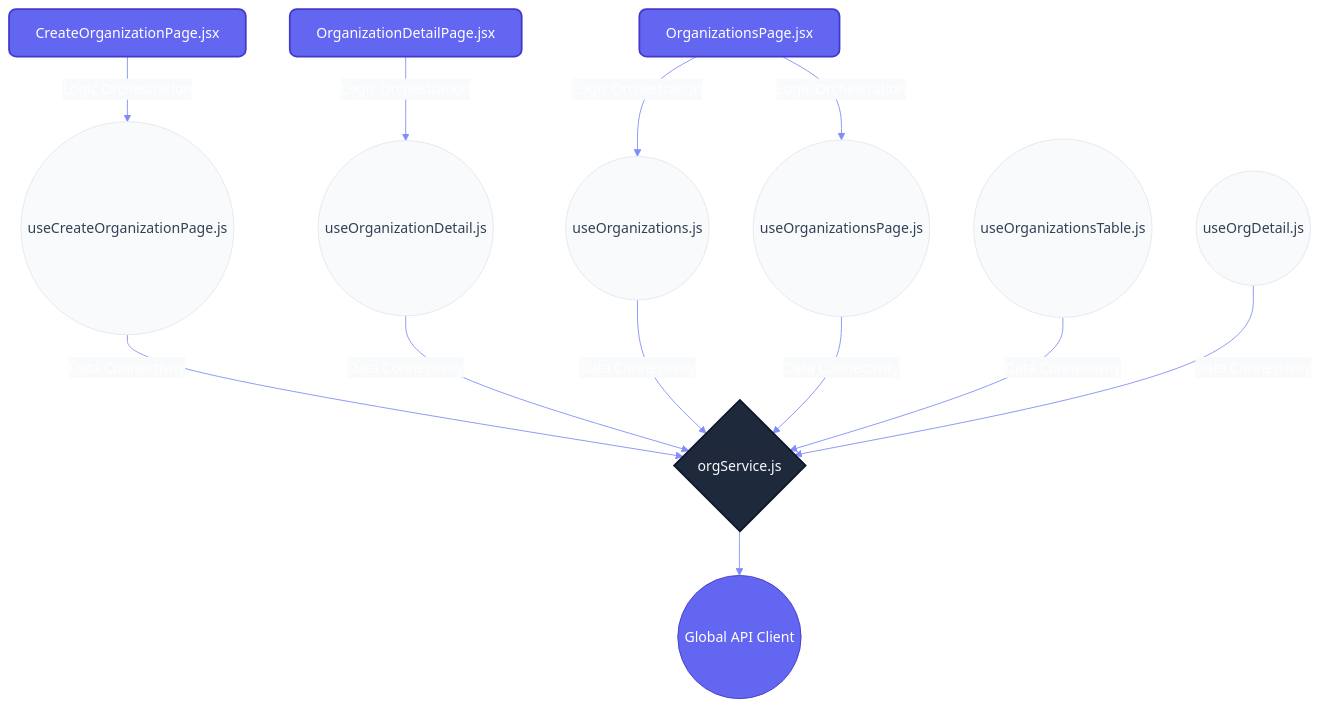
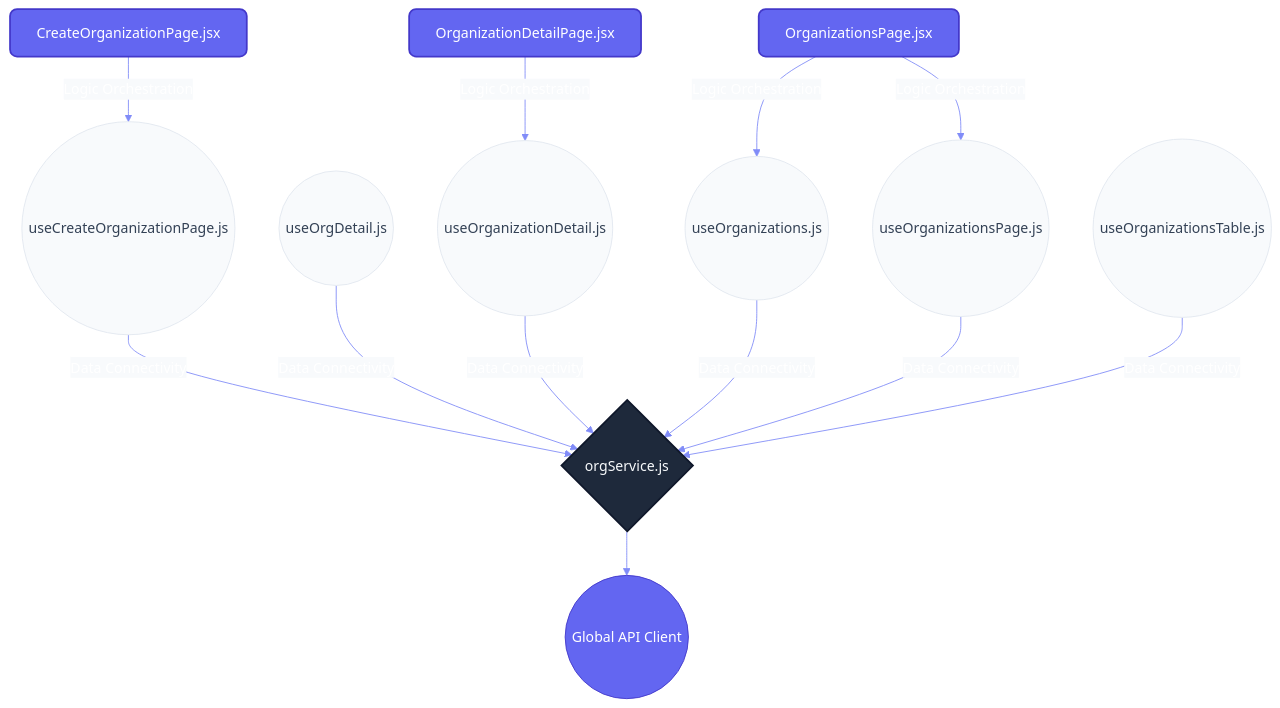
Before and after one commit to nexowebai/nexo-superadmin: the second of 2 diagrams in src/features/organizations/README.md, drawn with Mermaid. The commit also changed other lines of this file and 2 other files, not shown here.

````diff
--- a/src/features/organizations/README.md
+++ b/src/features/organizations/README.md
@@ -36,29 +36,29 @@
 ```mermaid
 %%{init: {'theme': 'base', 'themeVariables': { 'primaryColor': '#6366f1', 'primaryTextColor': '#fff', 'primaryBorderColor': '#4338ca', 'lineColor': '#818cf8', 'secondaryColor': '#f8fafc', 'tertiaryColor': '#e2e8f0'}}}%%
 graph TD
     classDef page fill:#6366f1,stroke:#4338ca,stroke-width:2px,color:#fff,rx:8,ry:8;
     classDef hook fill:#f8fafc,stroke:#e2e8f0,stroke-width:1px,color:#334155,rx:20,ry:20;
     classDef service fill:#1e293b,stroke:#0f172a,stroke-width:2px,color:#f8fafc,rx:4,ry:4;
 
     CreateOrganizationPage[CreateOrganizationPage.jsx]:::page
     CreateOrganizationPage --"Logic Orchestration"--> useCreateOrganizationPage
     OrganizationDetailPage[OrganizationDetailPage.jsx]:::page
     OrganizationDetailPage --"Logic Orchestration"--> useOrganizationDetail
     OrganizationsPage[OrganizationsPage.jsx]:::page
     OrganizationsPage --"Logic Orchestration"--> useOrganizations
     OrganizationsPage --"Logic Orchestration"--> useOrganizationsPage
     useCreateOrganizationPage((useCreateOrganizationPage.js)):::hook
     useCreateOrganizationPage --"Data Connectivity"--> orgService
+    useOrgDetail((useOrgDetail.js)):::hook
+    useOrgDetail --"Data Connectivity"--> orgService
     useOrganizationDetail((useOrganizationDetail.js)):::hook
     useOrganizationDetail --"Data Connectivity"--> orgService
     useOrganizations((useOrganizations.js)):::hook
     useOrganizations --"Data Connectivity"--> orgService
     useOrganizationsPage((useOrganizationsPage.js)):::hook
     useOrganizationsPage --"Data Connectivity"--> orgService
     useOrganizationsTable((useOrganizationsTable.js)):::hook
     useOrganizationsTable --"Data Connectivity"--> orgService
-    useOrgDetail((useOrgDetail.js)):::hook
-    useOrgDetail --"Data Connectivity"--> orgService
     orgService{orgService.js}:::service
     orgService --> API_CORE((Global API Client))
 ```
````
